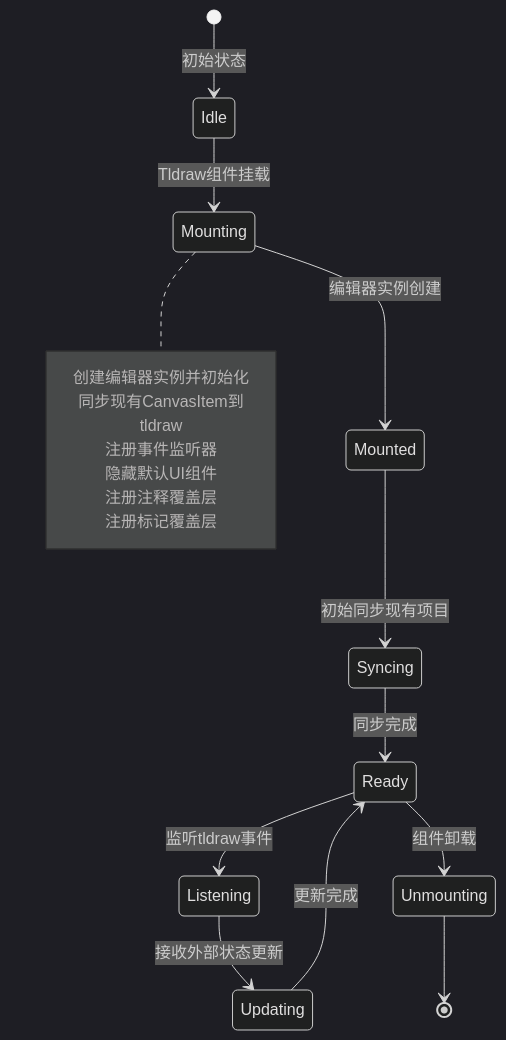
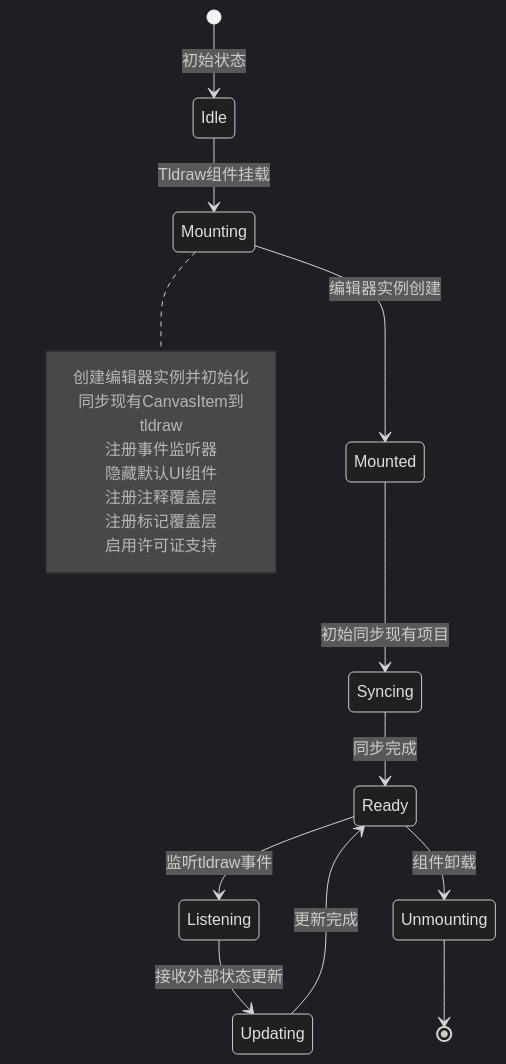
Before and after one commit to billye220670/BananaFlow2: the ninth of 23 diagrams in .qoder/repowiki/zh/content/核心功能模块/画布交互系统.md, drawn with Mermaid (dark theme). The commit also changed other lines of this file and 7 other files, not shown here.

Commit message:
修复效果 auto 模式：FAL API 收到 'auto'，由模型自行决定最佳比例，生成后用实际宽高更新显示 指定比例（如 16:9、9:16 等）：正确传递，不再被覆盖为 1:1 占位图阶段：auto 时默认正方形占位，生成完成后自动更新为实际比例

````diff
--- a/.qoder/repowiki/zh/content/核心功能模块/画布交互系统.md
+++ b/.qoder/repowiki/zh/content/核心功能模块/画布交互系统.md
@@ -472,21 +477,22 @@
 ```mermaid
 stateDiagram-v2
 [*] --> Idle : 初始状态
 Idle --> Mounting : Tldraw组件挂载
 Mounting --> Mounted : 编辑器实例创建
 Mounted --> Syncing : 初始同步现有项目
 Syncing --> Ready : 同步完成
 Ready --> Listening : 监听tldraw事件
 Listening --> Updating : 接收外部状态更新
 Updating --> Ready : 更新完成
 Ready --> Unmounting : 组件卸载
 Unmounting --> [*]
 note right of Mounting
 创建编辑器实例并初始化
 同步现有CanvasItem到tldraw
 注册事件监听器
 隐藏默认UI组件
 注册注释覆盖层
 注册标记覆盖层
+启用许可证支持
 end note
 ```
````
